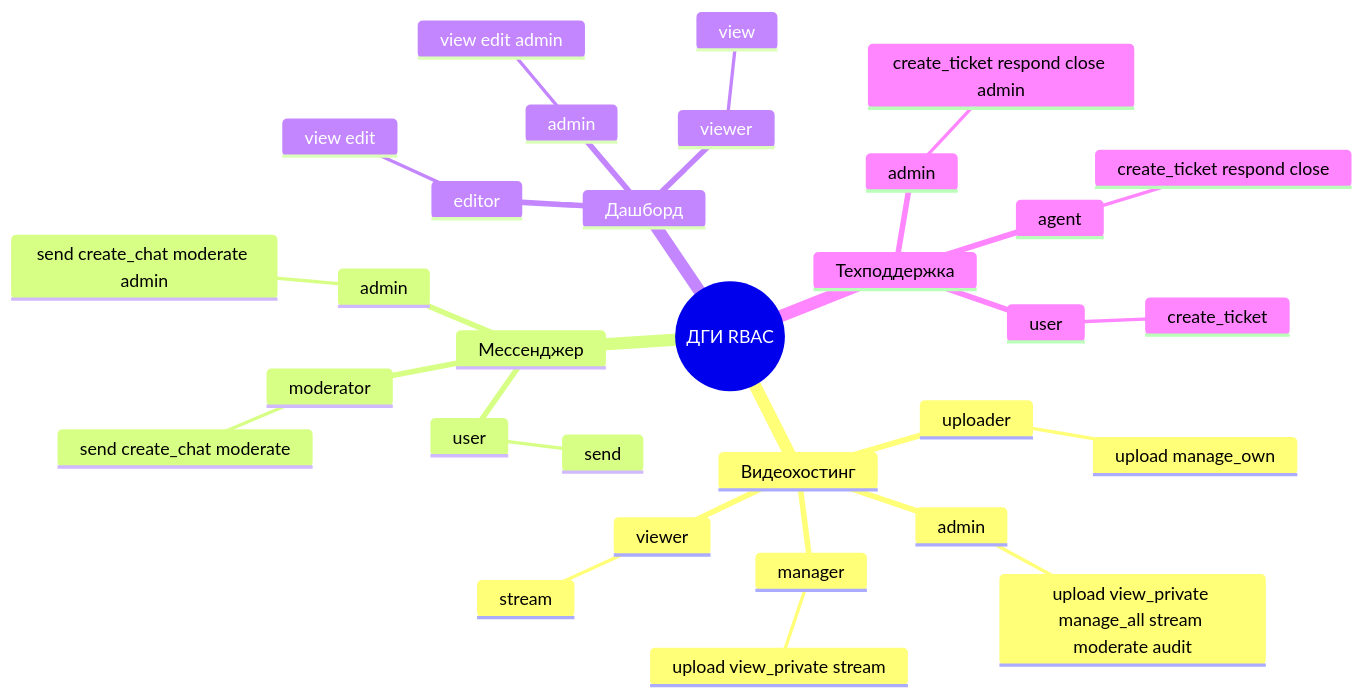
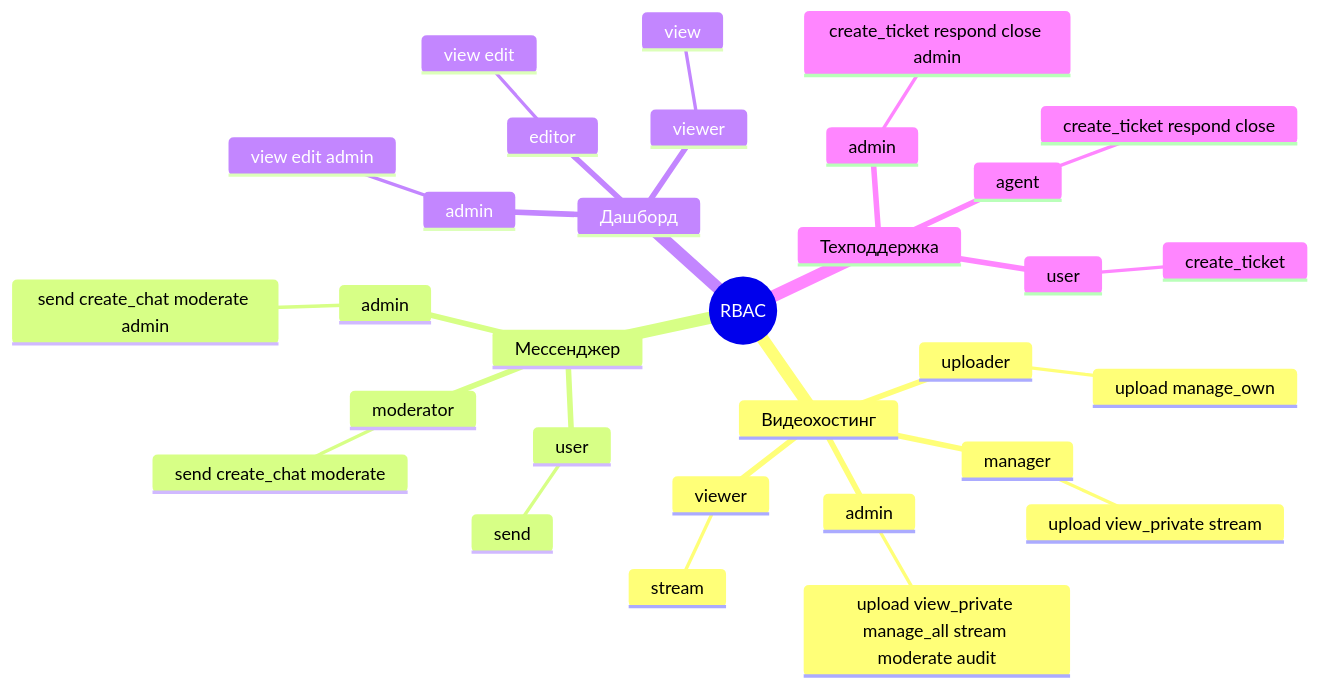
Before and after one commit to LutiyCrocodile/VDep: the seventh of 7 diagrams in docs/AUTH_ROLES_DIAGRAM.md, drawn with Mermaid.

````diff
--- a/docs/AUTH_ROLES_DIAGRAM.md
+++ b/docs/AUTH_ROLES_DIAGRAM.md
@@ -286,34 +286,34 @@
 ```mermaid
 mindmap
-  root((ДГИ RBAC))
+  root((RBAC))
     Видеохостинг
       admin
         upload view_private manage_all stream moderate audit
       manager
         upload view_private stream
       uploader
         upload manage_own
       viewer
         stream
     Мессенджер
       admin
         send create_chat moderate admin
       moderator
         send create_chat moderate
       user
         send
     Дашборд
       admin
         view edit admin
       editor
         view edit
       viewer
         view
     Техподдержка
       admin
         create_ticket respond close admin
       agent
         create_ticket respond close
       user
         create_ticket
 ```
````
